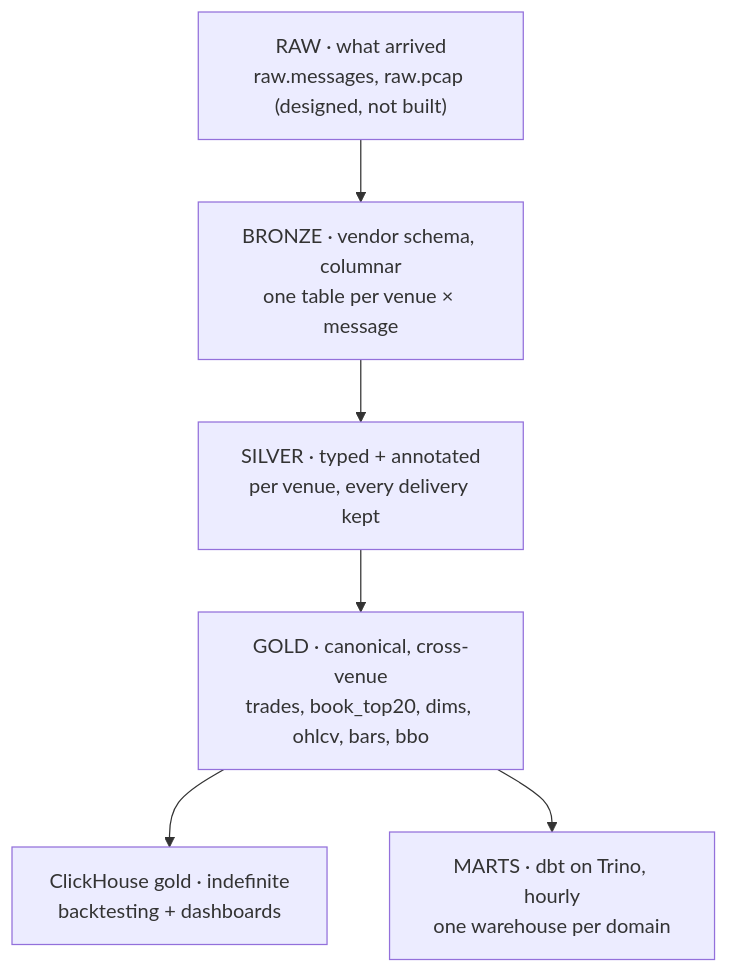
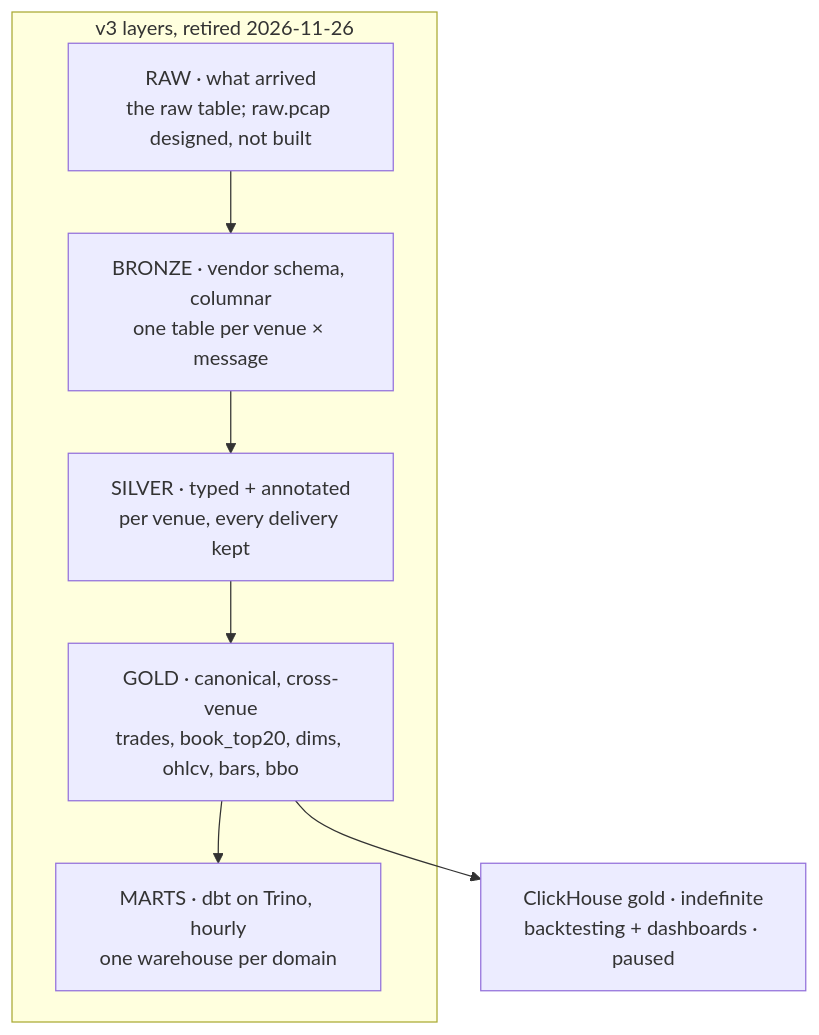
One commit to rjdscott/k2-market-data-platform changed the diagram in docs/architecture/12-data-strategy.md. Above: the diagram before and after it, drawn with Mermaid. The commit also changed other lines of this file and 24 other files, not shown here.

First line of the commit message:
docs(architecture): the book after the v3 lake ingest retires (W6)

````diff
--- a/docs/architecture/12-data-strategy.md
+++ b/docs/architecture/12-data-strategy.md
@@ -21,11 +30,13 @@
 ```mermaid
 flowchart TB
-  R["RAW · what arrived<br/>raw.messages, raw.pcap (designed, not built)"]
-  B["BRONZE · vendor schema, columnar<br/>one table per venue × message"]
-  S["SILVER · typed + annotated<br/>per venue, every delivery kept"]
-  G["GOLD · canonical, cross-venue<br/>trades, book_top20, dims, ohlcv, bars, bbo"]
-  CH["ClickHouse gold · indefinite<br/>backtesting + dashboards"]
-  M["MARTS · dbt on Trino, hourly<br/>one warehouse per domain"]
+  subgraph V3["v3 layers, retired 2026-11-26"]
+    R["RAW · what arrived<br/>the raw table; raw.pcap designed, not built"]
+    B["BRONZE · vendor schema, columnar<br/>one table per venue × message"]
+    S["SILVER · typed + annotated<br/>per venue, every delivery kept"]
+    G["GOLD · canonical, cross-venue<br/>trades, book_top20, dims, ohlcv, bars, bbo"]
+    M["MARTS · dbt on Trino, hourly<br/>one warehouse per domain"]
+  end
+  CH["ClickHouse gold · indefinite<br/>backtesting + dashboards · paused"]
   R --> B --> S --> G --> CH
   G --> M
 ```
````
